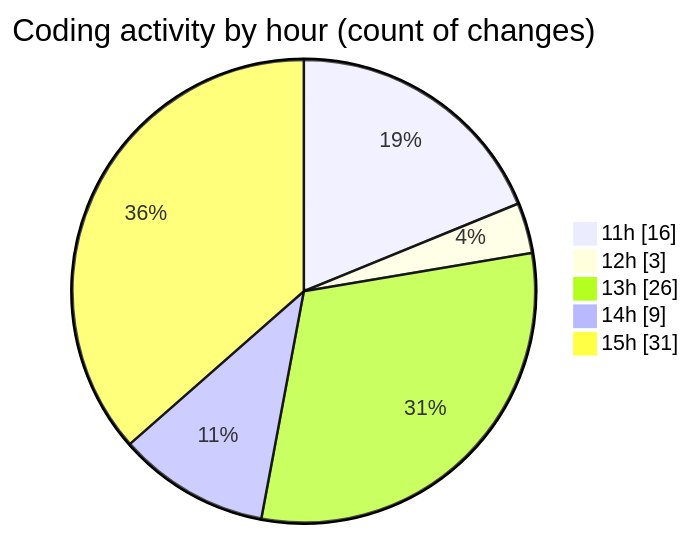
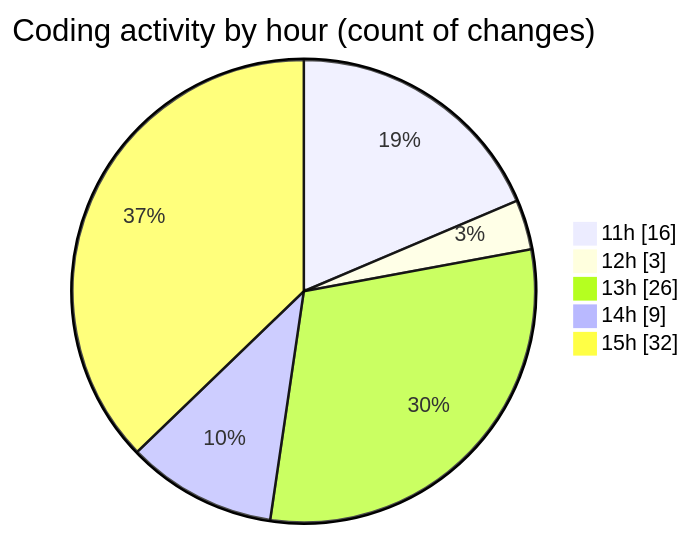
The second of 2 diagrams in 2026-03-31/nxtqube_webapp/README.md (nxtqubesakshisongat/code-tracking), drawn with Mermaid before and after one commit. The commit also changed other lines of this file and 1 other file, not shown here.

````diff
--- a/2026-03-31/nxtqube_webapp/README.md
+++ b/2026-03-31/nxtqube_webapp/README.md
@@ -32,9 +32,9 @@
 ```mermaid
 pie showData
 title Coding activity by hour (count of changes)
 "11h" : 16
 "12h" : 3
 "13h" : 26
 "14h" : 9
-"15h" : 31
+"15h" : 32
 ```
````
